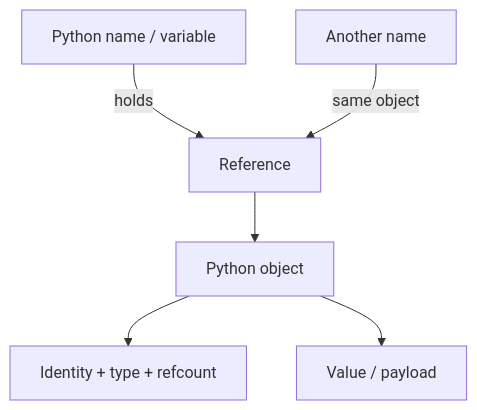
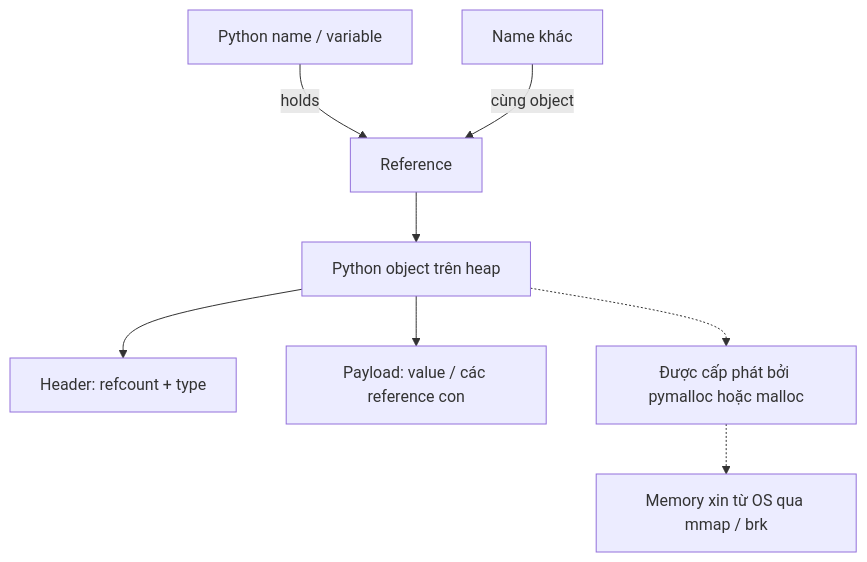
One commit to HuyNguyen-FinX/Try_Hard changed the first of 3 diagrams in python/knowledges/01-python-core/python-memory-model.md. Above: the diagram before and after it, drawn with Mermaid. The commit also changed other lines of this file and 139 other files, not shown here.

````diff
--- a/python/knowledges/01-python-core/python-memory-model.md
+++ b/python/knowledges/01-python-core/python-memory-model.md
@@ -155,8 +16,10 @@
 ```mermaid
 flowchart TD
     Name["Python name / variable"] -->|holds| Ref["Reference"]
-    Ref --> Obj["Python object"]
-    Obj --> Header["Identity + type + refcount"]
-    Obj --> Value["Value / payload"]
-    Alias["Another name"] -->|same object| Ref
+    Ref --> Obj["Python object trên heap"]
+    Obj --> Header["Header: refcount + type"]
+    Obj --> Value["Payload: value / các reference con"]
+    Alias["Name khác"] -->|cùng object| Ref
+    Obj -.-> Alloc["Được cấp phát bởi pymalloc hoặc malloc"]
+    Alloc -.-> OS["Memory xin từ OS qua mmap / brk"]
 ```
````
